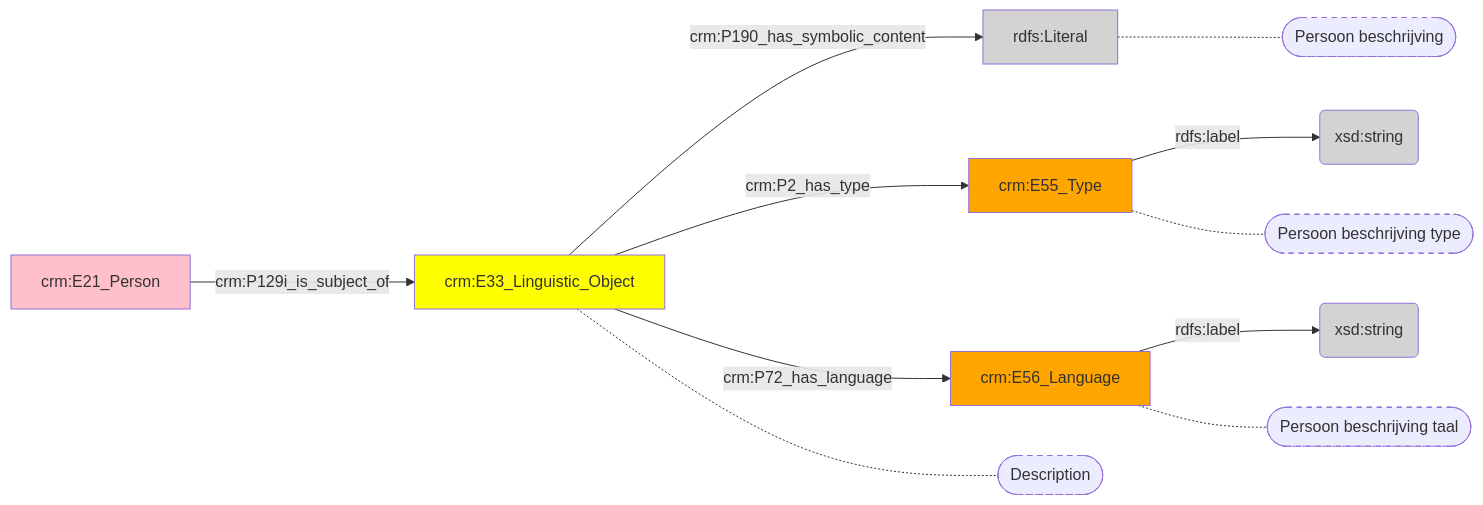
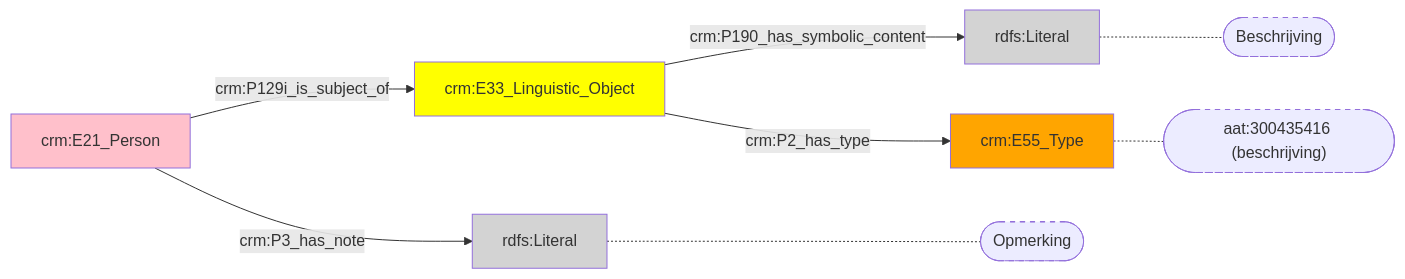
The diagram in docs/content/modellen/Person/Inhoud.md (digipolisantwerpdocumentation/antwerp-cultureel-erfgoed), drawn with Mermaid before and after one commit. The commit also changed 170 other files, not shown here.

````diff
--- a/docs/content/modellen/Person/Inhoud.md
+++ b/docs/content/modellen/Person/Inhoud.md
@@ -1,24 +1,18 @@
 ```mermaid
 graph LR
-b9e8fff2-ed97-11ed-9655-00163e71351b["crm:E33_Linguistic_Object"]-->|"crm:P190_has_symbolic_content"|b9e90498-ed97-11ed-9655-00163e71351b(rdfs:Literal)
-b9e907b8-ed97-11ed-9655-00163e71351b["crm:E55_Type"]-->|"rdfs:label"|b9e9063c-ed97-11ed-9655-00163e71351b(xsd:string)
-b9e90a60-ed97-11ed-9655-00163e71351b["crm:E56_Language"]-->|"rdfs:label"|b9e90916-ed97-11ed-9655-00163e71351b(xsd:string)
-0d9d4cb4-e37c-11ed-9064-00163e71351b["crm:E21_Person"]-->|"crm:P129i_is_subject_of"|b9e8fff2-ed97-11ed-9655-00163e71351b["crm:E33_Linguistic_Object"]
-b9e8fff2-ed97-11ed-9655-00163e71351b["crm:E33_Linguistic_Object"]-->|"crm:P2_has_type"|b9e907b8-ed97-11ed-9655-00163e71351b["crm:E55_Type"]
-b9e8fff2-ed97-11ed-9655-00163e71351b["crm:E33_Linguistic_Object"]-->|"crm:P72_has_language"|b9e90a60-ed97-11ed-9655-00163e71351b["crm:E56_Language"]
-b9e8fff2-ed97-11ed-9655-00163e71351b["crm:E33_Linguistic_Object"]-.-b9e8fff2-ed97-11ed-9655-00163e71351b_s(["Description"])
-b9e90498-ed97-11ed-9655-00163e71351b["rdfs:Literal"]-.-b9e90498-ed97-11ed-9655-00163e71351b_s(["Persoon beschrijving"])
-b9e907b8-ed97-11ed-9655-00163e71351b["crm:E55_Type"]-.-b9e907b8-ed97-11ed-9655-00163e71351b_s(["Persoon beschrijving type"])
-b9e90a60-ed97-11ed-9655-00163e71351b["crm:E56_Language"]-.-b9e90a60-ed97-11ed-9655-00163e71351b_s(["Persoon beschrijving taal"])
-style b9e8fff2-ed97-11ed-9655-00163e71351b_s stroke-dasharray: 5
-style b9e90498-ed97-11ed-9655-00163e71351b_s stroke-dasharray: 5
-style b9e907b8-ed97-11ed-9655-00163e71351b_s stroke-dasharray: 5
-style b9e90a60-ed97-11ed-9655-00163e71351b_s stroke-dasharray: 5
 style 0d9d4cb4-e37c-11ed-9064-00163e71351b fill:#ffc0cb
 style b9e8fff2-ed97-11ed-9655-00163e71351b fill:#ffff00
 style b9e90498-ed97-11ed-9655-00163e71351b fill:#D3D3D3
-style b9e9063c-ed97-11ed-9655-00163e71351b fill:#D3D3D3
 style b9e907b8-ed97-11ed-9655-00163e71351b fill:#ffa500
-style b9e90916-ed97-11ed-9655-00163e71351b fill:#D3D3D3
-style b9e90a60-ed97-11ed-9655-00163e71351b fill:#ffa500
+style c5f20b3e-e439-11ed-a1e6-00163e71351b fill:#D3D3D3
+0d9d4cb4-e37c-11ed-9064-00163e71351b["crm:E21_Person"]-->|"crm:P3_has_note"|c5f20b3e-e439-11ed-a1e6-00163e71351b(rdfs:Literal)
+b9e8fff2-ed97-11ed-9655-00163e71351b["crm:E33_Linguistic_Object"]-->|"crm:P190_has_symbolic_content"|b9e90498-ed97-11ed-9655-00163e71351b(rdfs:Literal)
+0d9d4cb4-e37c-11ed-9064-00163e71351b["crm:E21_Person"]-->|"crm:P129i_is_subject_of"|b9e8fff2-ed97-11ed-9655-00163e71351b["crm:E33_Linguistic_Object"]
+b9e8fff2-ed97-11ed-9655-00163e71351b["crm:E33_Linguistic_Object"]-->|"crm:P2_has_type"|b9e907b8-ed97-11ed-9655-00163e71351b["crm:E55_Type"]
+style c5f20b3e-e439-11ed-a1e6-00163e71351b_s stroke-dasharray: 5
+style b9e90498-ed97-11ed-9655-00163e71351b_s stroke-dasharray: 5
+style b9e907b8-ed97-11ed-9655-00163e71351b_s stroke-dasharray: 5
+c5f20b3e-e439-11ed-a1e6-00163e71351b["rdfs:Literal"]-.-c5f20b3e-e439-11ed-a1e6-00163e71351b_s(["Opmerking"])
+b9e90498-ed97-11ed-9655-00163e71351b["rdfs:Literal"]-.-b9e90498-ed97-11ed-9655-00163e71351b_s(["Beschrijving"])
+b9e907b8-ed97-11ed-9655-00163e71351b["crm:E55_Type"]-.-b9e907b8-ed97-11ed-9655-00163e71351b_s(["aat:300435416 (beschrijving)"])
 ```
````
